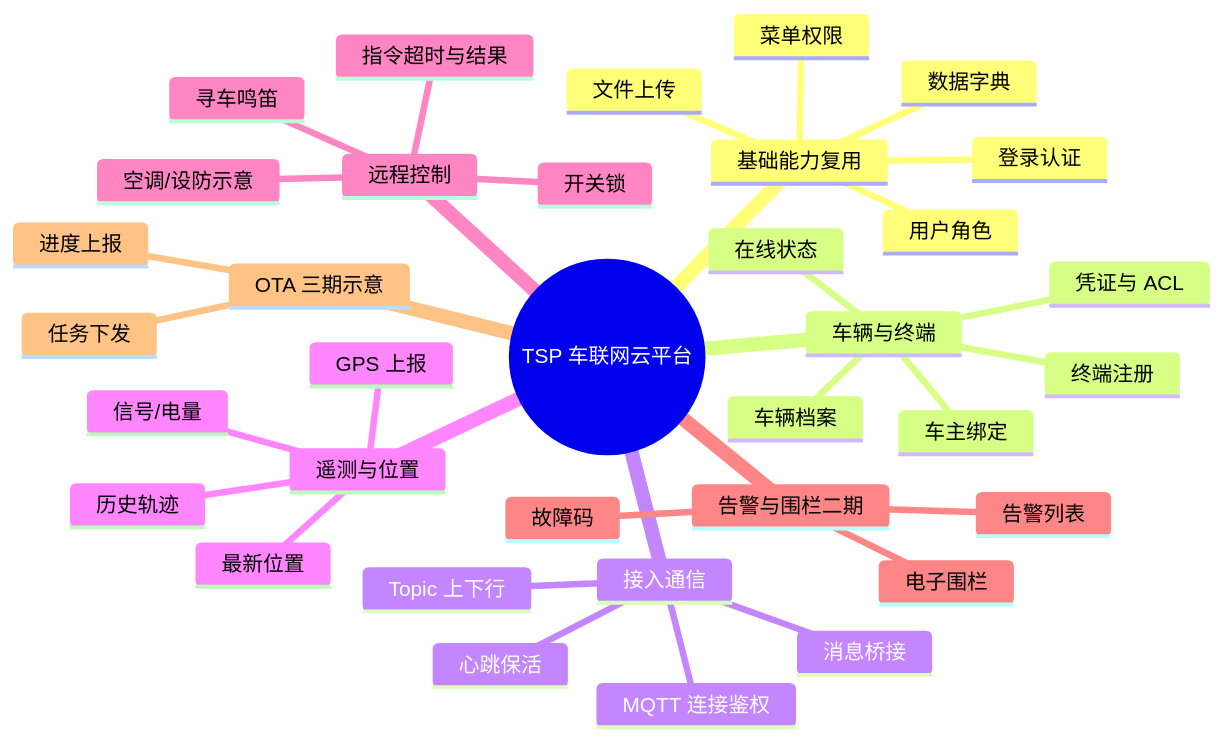
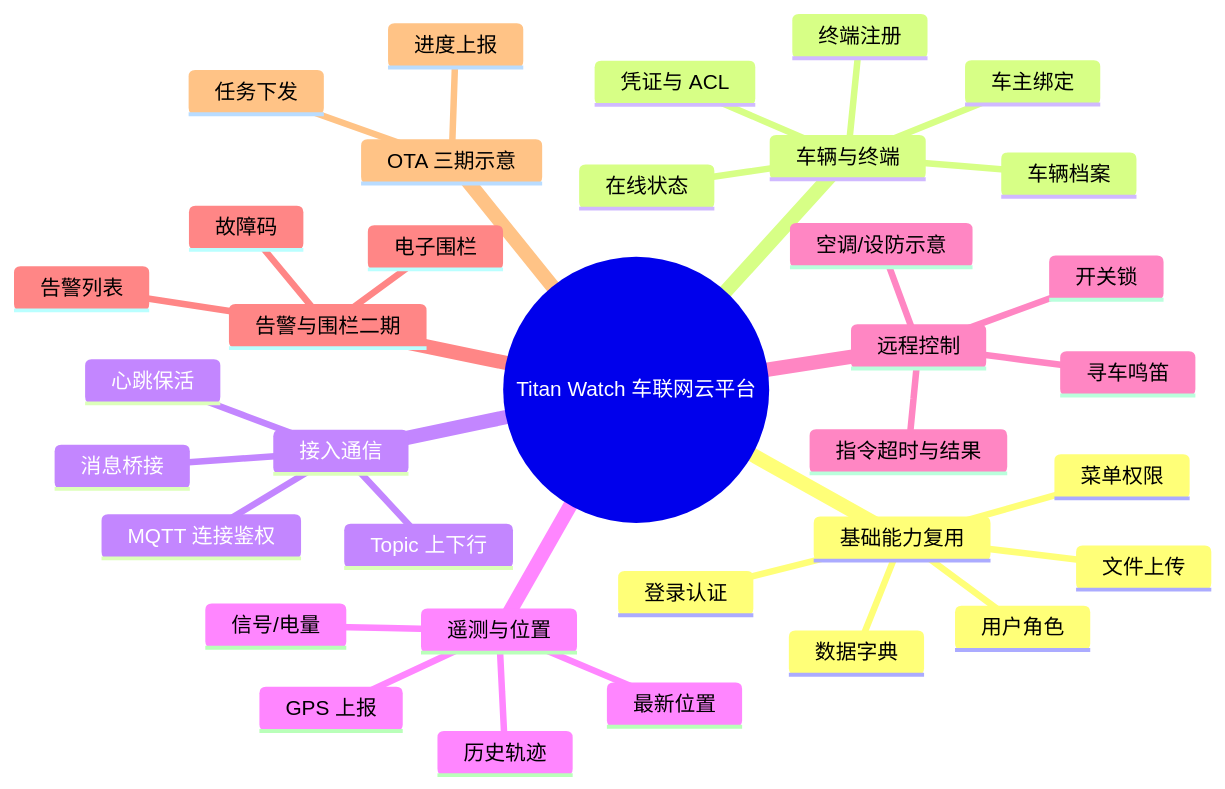
The first of 6 diagrams in docs/prepare/功能模块规划.md (codeyunze/yz-mall), drawn with Mermaid before and after one commit. The commit also changed other lines of this file and 5 other files, not shown here.

First line of the commit message:
docs(prepare): 更新 Titan Watch 车联网平台文档并新增车辆档案设计

````diff
--- a/docs/prepare/功能模块规划.md
+++ b/docs/prepare/功能模块规划.md
@@ -9,38 +9,38 @@
 ```mermaid
 mindmap
-  root((TSP 车联网云平台))
+  root((Titan Watch 车联网云平台))
     基础能力复用
       登录认证
       用户角色
       菜单权限
       数据字典
       文件上传
     车辆与终端
       车辆档案
       车主绑定
       终端注册
       凭证与 ACL
       在线状态
     接入通信
       MQTT 连接鉴权
       Topic 上下行
       心跳保活
       消息桥接
     遥测与位置
       GPS 上报
       最新位置
       历史轨迹
       信号/电量
     远程控制
       开关锁
       寻车鸣笛
       空调/设防示意
       指令超时与结果
     告警与围栏二期
       电子围栏
       故障码
       告警列表
     OTA 三期示意
       任务下发
       进度上报
 ```
````
